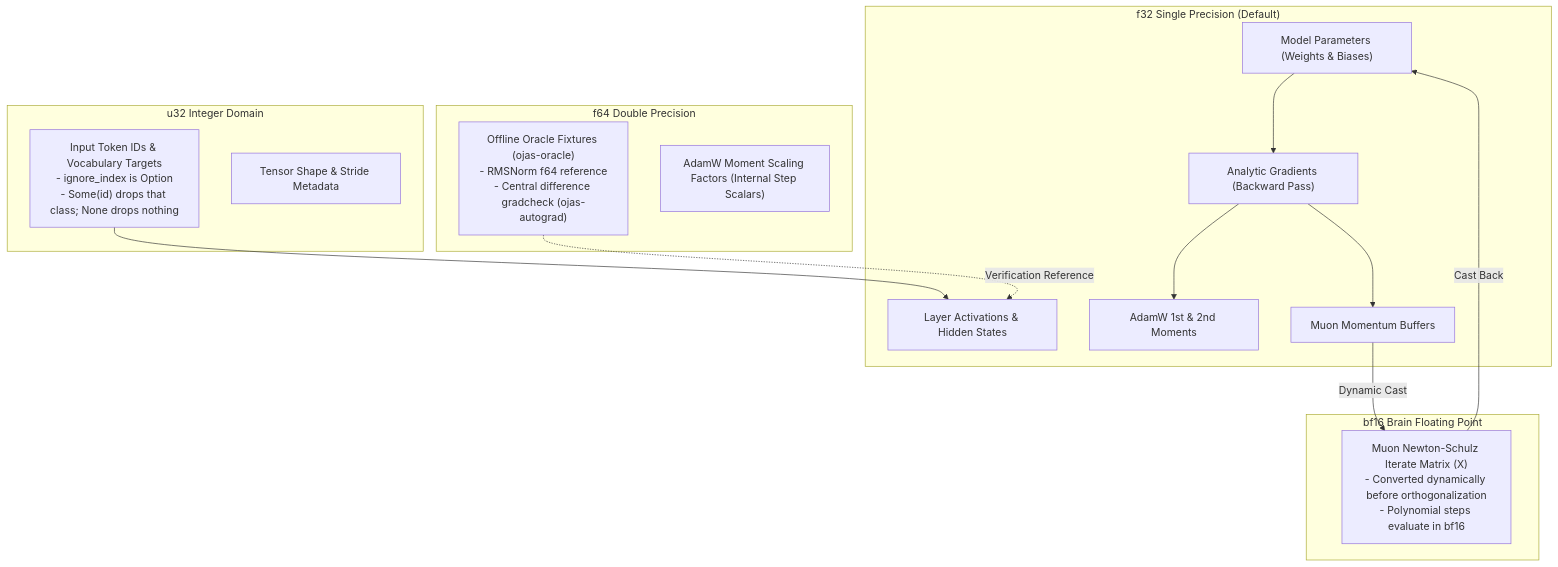
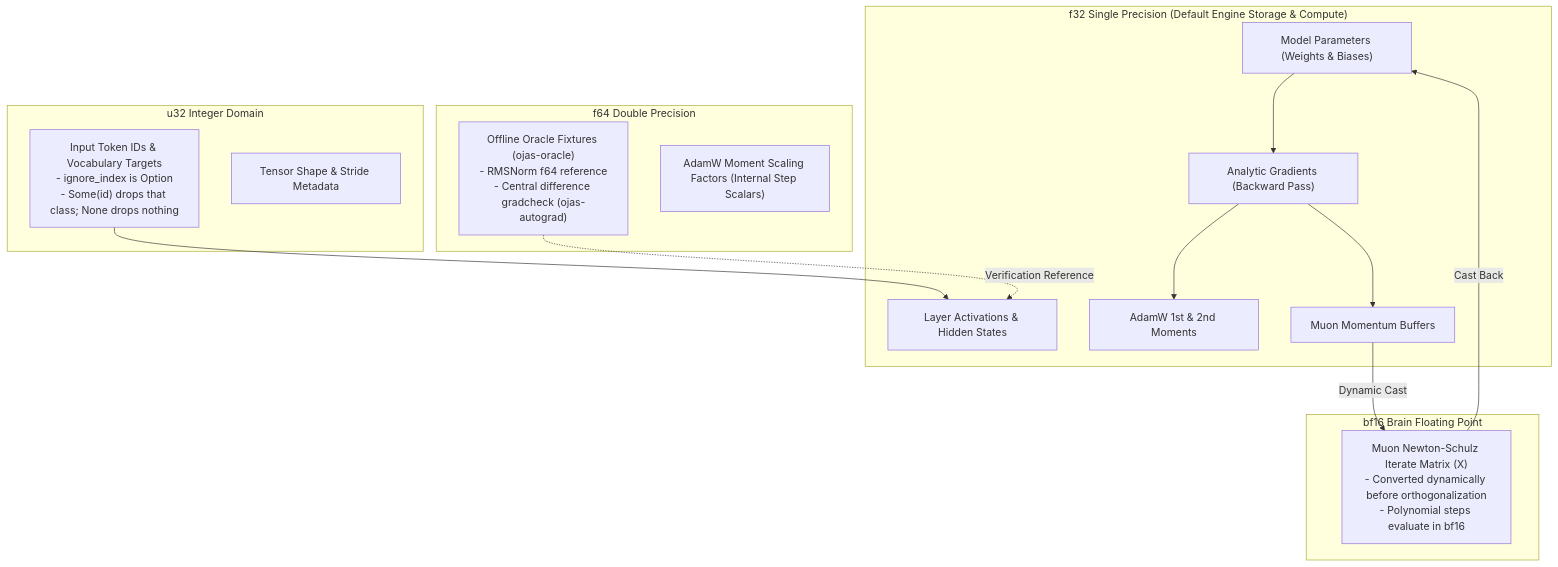
One commit to bharathvbcr/ojas changed the first of 2 diagrams in docs/dtype-policy.md. Above: the diagram before and after it, drawn with Mermaid. The commit also changed other lines of this file and 341 other files, not shown here.

````diff
--- a/docs/dtype-policy.md
+++ b/docs/dtype-policy.md
@@ -9,32 +9,32 @@
 ```mermaid
 flowchart TD
-    subgraph F32Domain["f32 Single Precision (Default)"]
+    subgraph F32Domain["f32 Single Precision (Default Engine Storage & Compute)"]
         Params["Model Parameters (Weights & Biases)"]
         Acts["Layer Activations & Hidden States"]
         Grads["Analytic Gradients (Backward Pass)"]
         AdamWStates["AdamW 1st & 2nd Moments"]
         MuonMom["Muon Momentum Buffers"]
     end
 
     subgraph BF16Domain["bf16 Brain Floating Point"]
         NSIterate["Muon Newton-Schulz Iterate Matrix (X)\n- Converted dynamically before orthogonalization\n- Polynomial steps evaluate in bf16"]
     end
 
     subgraph U32Domain["u32 Integer Domain"]
         TokenIDs["Input Token IDs & Vocabulary Targets\n- ignore_index is Option<u32>\n- Some(id) drops that class; None drops nothing"]
         Dimensions["Tensor Shape & Stride Metadata"]
     end
 
     subgraph F64Domain["f64 Double Precision"]
         Oracles["Offline Oracle Fixtures (ojas-oracle)\n- RMSNorm f64 reference\n- Central difference gradcheck (ojas-autograd)"]
         Scalars["AdamW Moment Scaling Factors (Internal Step Scalars)"]
     end
 
     Params --> Grads
     Grads --> AdamWStates
     Grads --> MuonMom
     MuonMom -->|Dynamic Cast| NSIterate
     NSIterate -->|Cast Back| Params
     TokenIDs --> Acts
     Oracles -.->|Verification Reference| Acts
 ```
````
